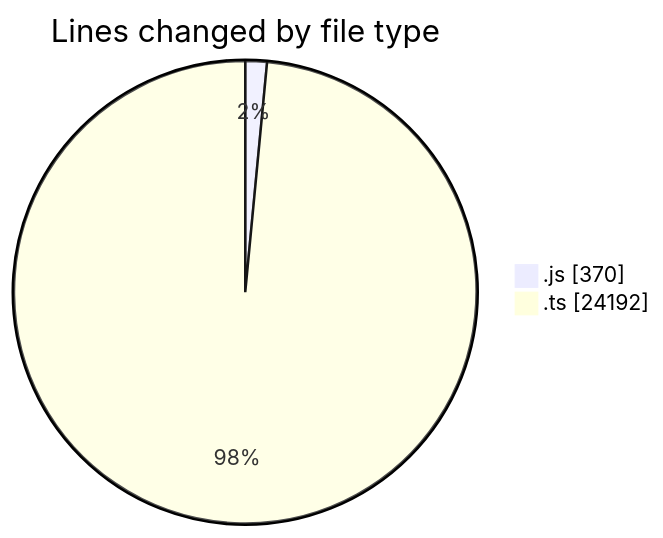
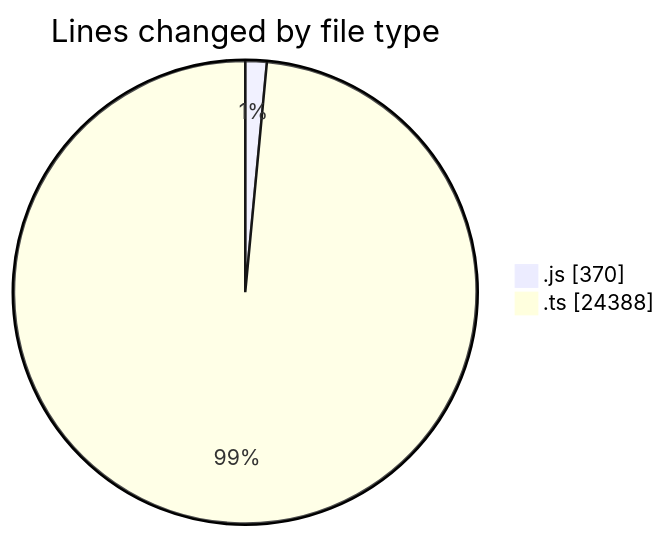
One commit to momahboobian/code-tracking changed the first of 2 diagrams in 2026-01-15/cda/README.md. Above: the diagram before and after it, drawn with Mermaid. The commit also changed other lines of this file and 1 other file, not shown here.

````diff
--- a/2026-01-15/cda/README.md
+++ b/2026-01-15/cda/README.md
@@ -22,6 +23,6 @@
 ```mermaid
 pie showData
 title Lines changed by file type
 ".js" : 370
-".ts" : 24192
+".ts" : 24388
 ```
````
